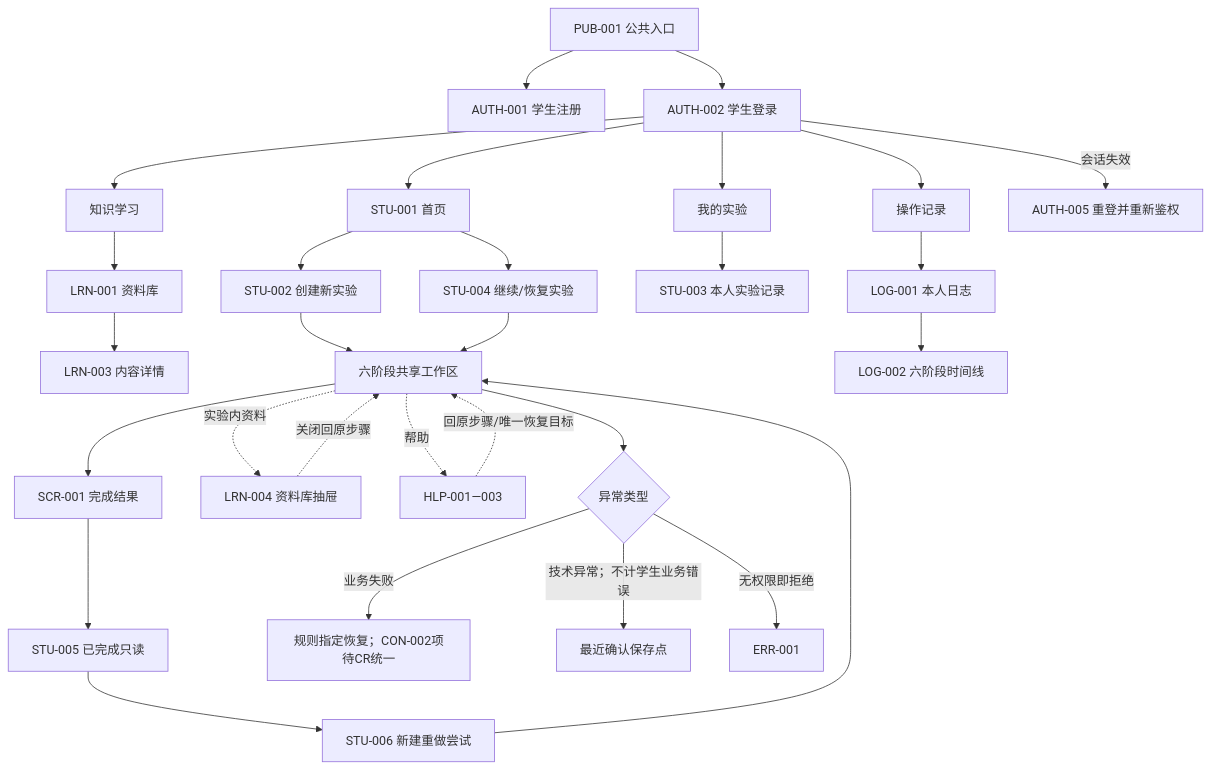
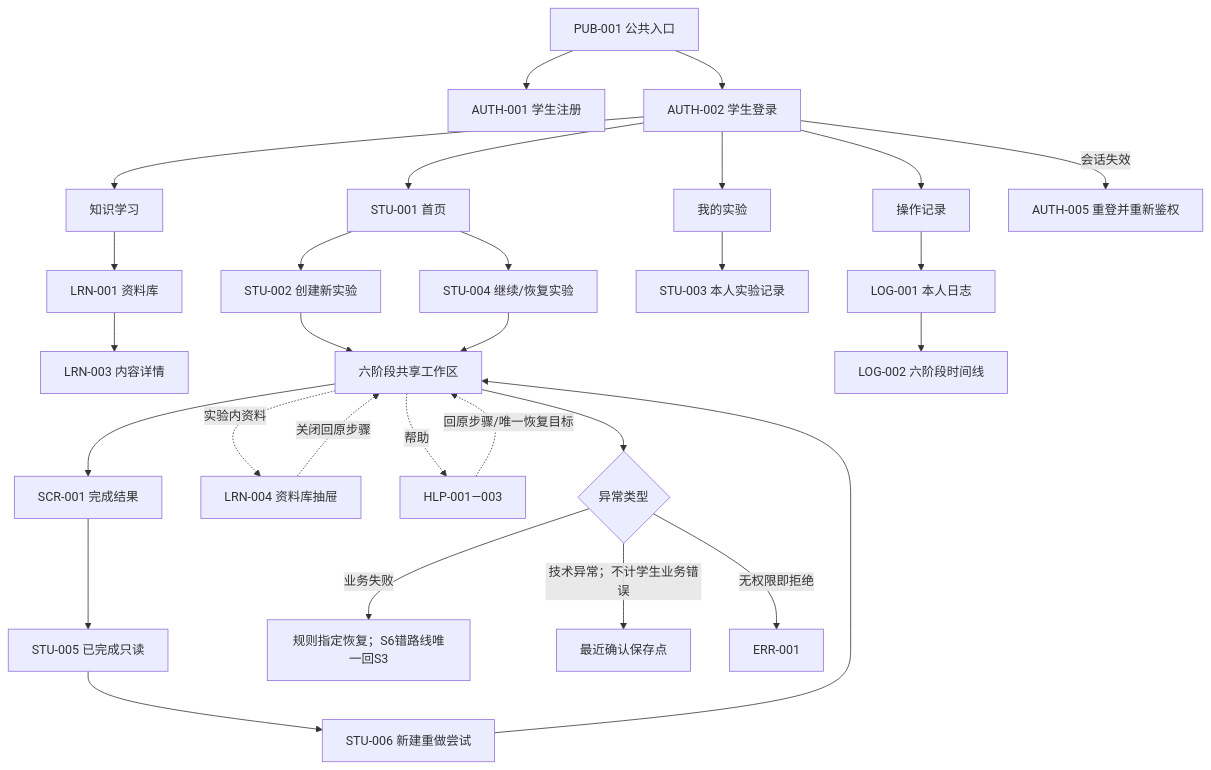
The first of 2 diagrams in docs/学生端信息架构.md (yone074418/dajianyunshu), drawn with Mermaid before and after one commit. The commit also changed other lines of this file and 10 other files, not shown here.

````diff
--- a/docs/学生端信息架构.md
+++ b/docs/学生端信息架构.md
@@ -321,31 +323,31 @@
 ```mermaid
 flowchart TD
     P["PUB-001 公共入口"] --> R["AUTH-001 学生注册"]
     P --> L["AUTH-002 学生登录"]
     L --> H["STU-001 首页"]
     H --> C["STU-002 创建新实验"]
     H --> U["STU-004 继续/恢复实验"]
     L --> K["知识学习"]
     K --> KH["LRN-001 资料库"]
     KH --> KD["LRN-003 内容详情"]
     L --> M["我的实验"]
     M --> ML["STU-003 本人实验记录"]
     C --> W["六阶段共享工作区"]
     U --> W
     W --> RS["SCR-001 完成结果"]
     RS --> RO["STU-005 已完成只读"]
     RO --> RD["STU-006 新建重做尝试"]
     RD --> W
     L --> O["操作记录"]
     O --> OL["LOG-001 本人日志"]
     OL --> OT["LOG-002 六阶段时间线"]
     W -. "实验内资料" .-> IK["LRN-004 资料库抽屉"]
     IK -. "关闭回原步骤" .-> W
     W -. "帮助" .-> HP["HLP-001—003"]
     HP -. "回原步骤/唯一恢复目标" .-> W
     W --> EX{"异常类型"}
-    EX -->|"业务失败"| BR["规则指定恢复；CON-002项待CR统一"]
+    EX -->|"业务失败"| BR["规则指定恢复；S6错路线唯一回S3"]
     EX -->|"技术异常；不计学生业务错误"| TR["最近确认保存点"]
     EX -->|"无权限即拒绝"| F403["ERR-001"]
     L -->|"会话失效"| RE["AUTH-005 重登并重新鉴权"]
 ```
````
